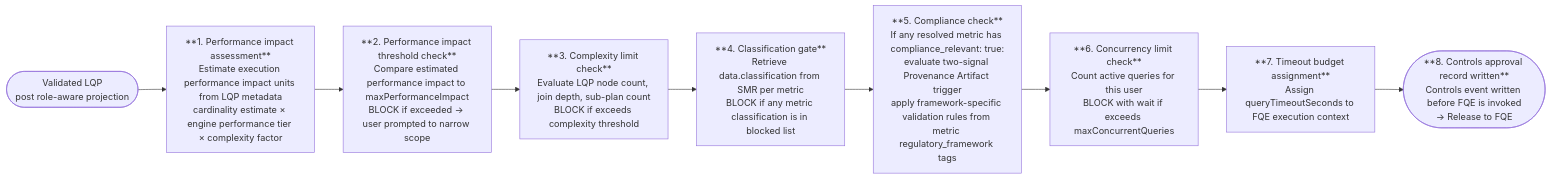
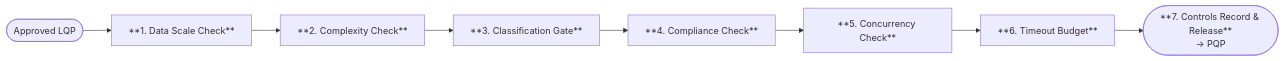
The sixth of 8 diagrams in docs/product/analytics/01-core-capabilities.md (M-A-Operating-System/shared-work), drawn with Mermaid before and after one commit. The commit also changed other lines of this file, not shown here.

First line of the commit message:
Restructure SCL section with prose check descriptions and updated example

````diff
--- a/docs/product/analytics/01-core-capabilities.md
+++ b/docs/product/analytics/01-core-capabilities.md
@@ -756,14 +756,13 @@
 ```mermaid
 flowchart LR
-    START(["Validated LQP\npost role-aware projection"])
-    S1["**1. Performance impact assessment**\nEstimate execution performance impact units from LQP metadata\ncardinality estimate × engine performance tier × complexity factor"]
-    S2["**2. Performance impact threshold check**\nCompare estimated performance impact to maxPerformanceImpact\nBLOCK if exceeded → user prompted to narrow scope"]
-    S3["**3. Complexity limit check**\nEvaluate LQP node count, join depth, sub-plan count\nBLOCK if exceeds complexity threshold"]
-    S4["**4. Classification gate**\nRetrieve data.classification from SMR per metric\nBLOCK if any metric classification is in blocked list"]
-    S5["**5. Compliance check**\nIf any resolved metric has compliance_relevant: true:\nevaluate two-signal Provenance Artifact trigger\napply framework-specific validation rules from metric regulatory_framework tags"]
-    S6["**6. Concurrency limit check**\nCount active queries for this user\nBLOCK with wait if exceeds maxConcurrentQueries"]
-    S7["**7. Timeout budget assignment**\nAssign queryTimeoutSeconds to FQE execution context"]
-    S8(["**8. Controls approval record written**\nControls event written before FQE is invoked\n→ Release to FQE"])
+    START(["Approved LQP"])
+    S1["**1. Data Scale Check**"]
+    S2["**2. Complexity Check**"]
+    S3["**3. Classification Gate**"]
+    S4["**4. Compliance Check**"]
+    S5["**5. Concurrency Check**"]
+    S6["**6. Timeout Budget**"]
+    S7(["**7. Controls Record & Release**\n→ PQP"])
 
-    START --> S1 --> S2 --> S3 --> S4 --> S5 --> S6 --> S7 --> S8
+    START --> S1 --> S2 --> S3 --> S4 --> S5 --> S6 --> S7
 ```
````
